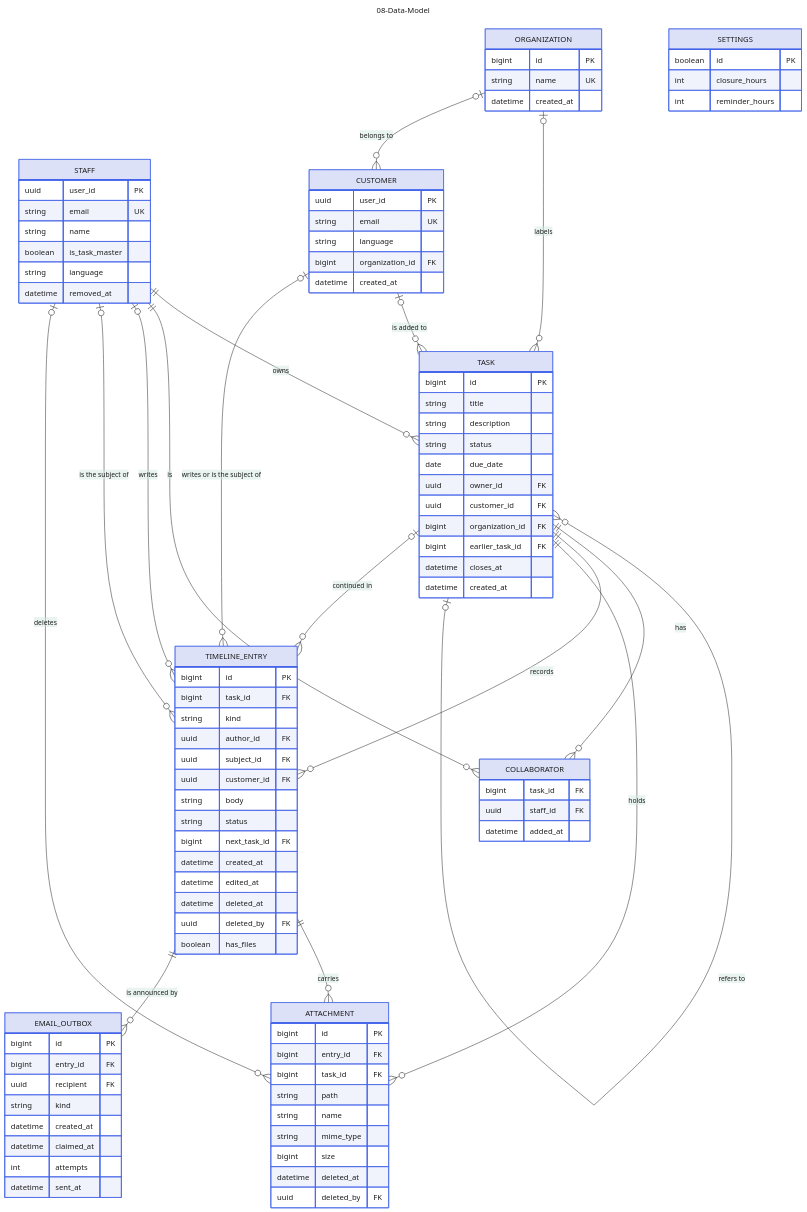
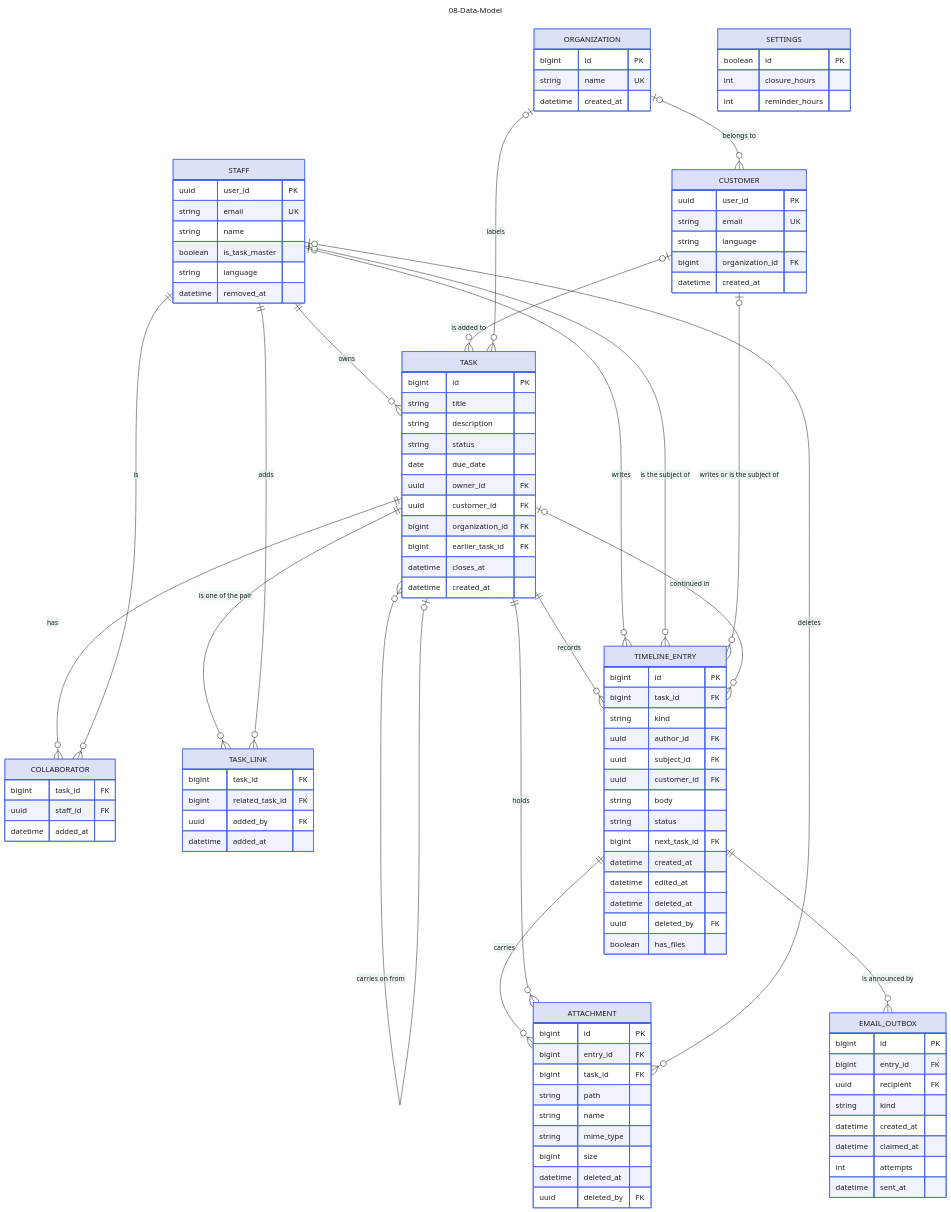
One commit to jedt3d/tasuku changed the diagram in docs/diagram/08-Data-Model.md. Above: the diagram before and after it, drawn with Mermaid. The commit also changed other lines of this file and 3 other files, not shown here.

Commit message:
docs: sync the diagrams with Related Tasks (#41)

```diff
--- a/docs/diagram/08-Data-Model.md
+++ b/docs/diagram/08-Data-Model.md
@@ -120,6 +120,12 @@
     uuid staff_id FK
     datetime added_at
   }
+  TASK_LINK {
+    bigint task_id FK
+    bigint related_task_id FK
+    uuid added_by FK
+    datetime added_at
+  }
   TIMELINE_ENTRY {
     bigint id PK
     bigint task_id FK
@@ -161,7 +167,9 @@
   CUSTOMER |o--o{ TASK : "is added to"
   ORGANIZATION |o--o{ TASK : labels
   ORGANIZATION |o--o{ CUSTOMER : "belongs to"
-  TASK }o--o| TASK : "refers to"
+  TASK }o--o| TASK : "carries on from"
+  TASK ||--o{ TASK_LINK : "is one of the pair"
+  STAFF ||--o{ TASK_LINK : adds
   TASK ||--o{ COLLABORATOR : has
   STAFF ||--o{ COLLABORATOR : is
   TASK ||--o{ TIMELINE_ENTRY : records
```
